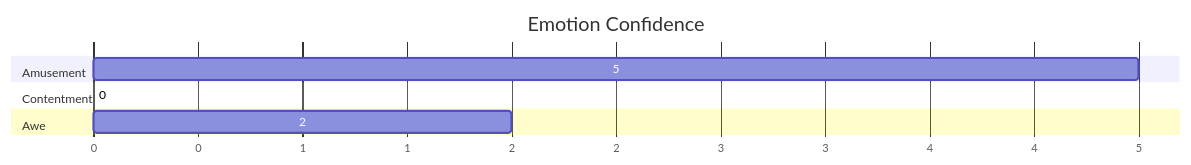
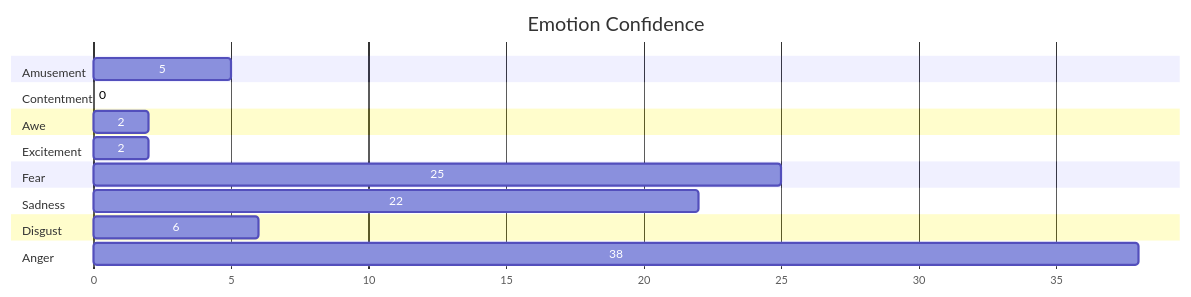
Before and after one commit to nku-zhichengzhang/ZhichengZhang.github.io: the diagram in _projects/VER.md, drawn with Mermaid. The commit also changed 1 other file, not shown here.

```diff
--- a/_projects/VER.md
+++ b/_projects/VER.md
@@ -69,12 +69,22 @@
         <div class="mermaid">
-        gantt
-        title Emotion Confidence
-        dateFormat X
-        axisFormat %s
-        section Amusement
-        5   : 0, 5
-        section Contentment
-        0   : 0, 0
-        section Awe
-        2   : 0, 2
+            gantt
+            title Emotion Confidence
+            dateFormat X
+            axisFormat %s
+            section Amusement
+            5:0, 5
+            section Contentment
+            0: 0, 0
+            section Awe
+            2: 0, 2
+            section Excitement
+            2: 0, 2
+            section Fear
+            25: 0, 25
+            section Sadness
+            22: 0, 22
+            section Disgust
+            6: 0, 6
+            section Anger
+            38: 0, 38
         </div>
```
